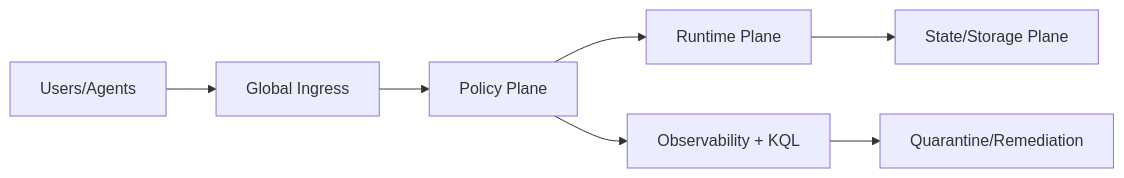
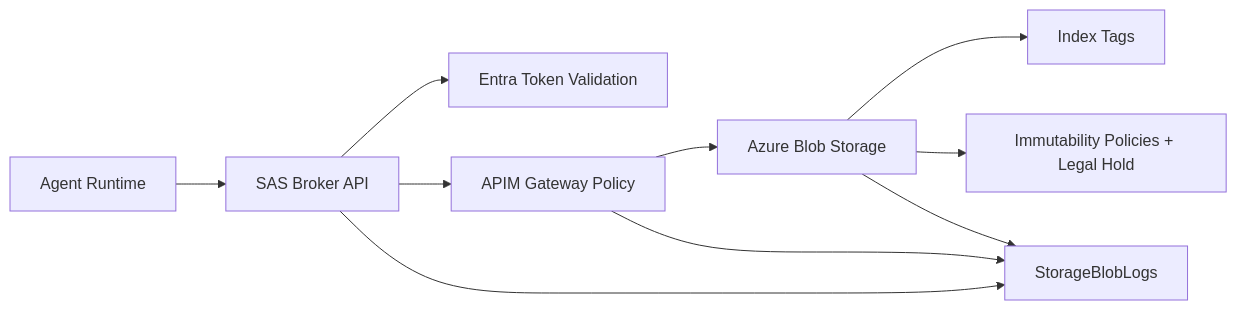
Before and after one commit to turbo998/ai-infra-lab: the first of 2 diagrams in docs/azure-agent-infra/storage-blob-abac-sas-delegation-worm-agent-artifacts-faq-r1104.md, drawn with Mermaid. The commit also changed other lines of this file and 13 other files, not shown here.

````diff
--- a/docs/azure-agent-infra/storage-blob-abac-sas-delegation-worm-agent-artifacts-faq-r1104.md
+++ b/docs/azure-agent-infra/storage-blob-abac-sas-delegation-worm-agent-artifacts-faq-r1104.md
@@ -134,9 +108,12 @@
 ```mermaid
 flowchart LR
-  U[Users/Agents] --> G[Global Ingress]
-  G --> P[Policy Plane]
-  P --> R[Runtime Plane]
-  R --> S[State/Storage Plane]
-  P --> O[Observability + KQL]
-  O --> Q[Quarantine/Remediation]
+  Agent[Agent Runtime] --> Broker[SAS Broker API]
+  Broker --> Entra[Entra Token Validation]
+  Broker --> APIM[APIM Gateway Policy]
+  APIM --> Blob[Azure Blob Storage]
+  Blob --> Tags[Index Tags]
+  Blob --> WORM[Immutability Policies + Legal Hold]
+  Blob --> Logs[StorageBlobLogs]
+  APIM --> Logs
+  Broker --> Logs
 ```
````
